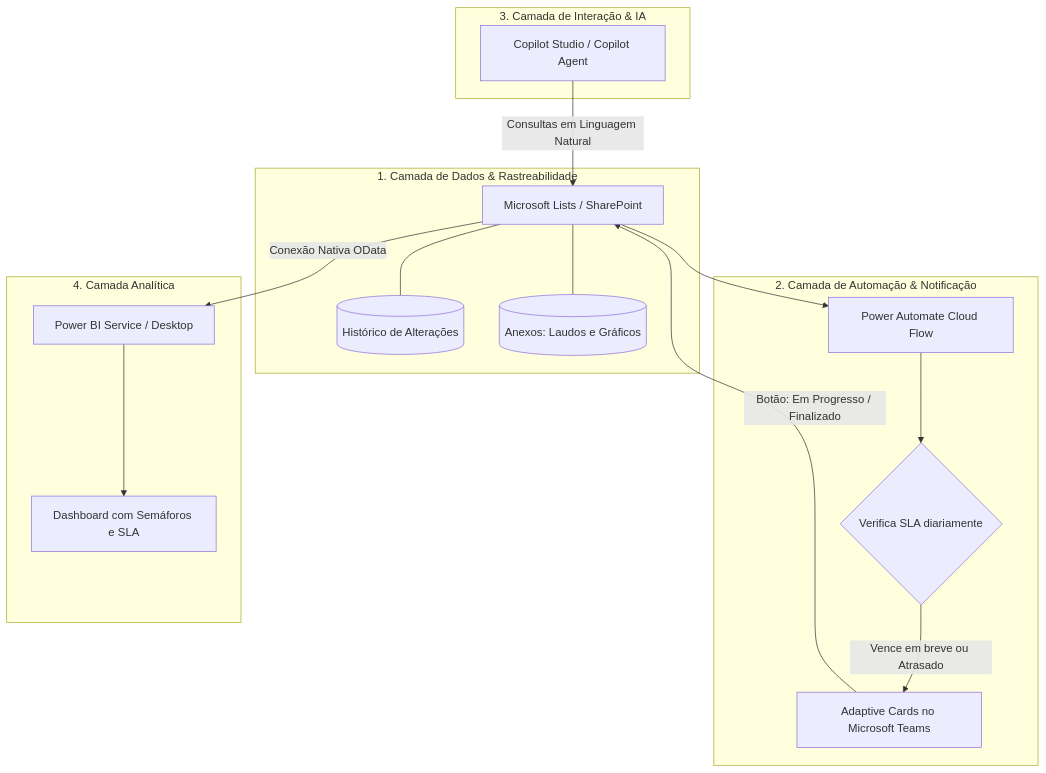
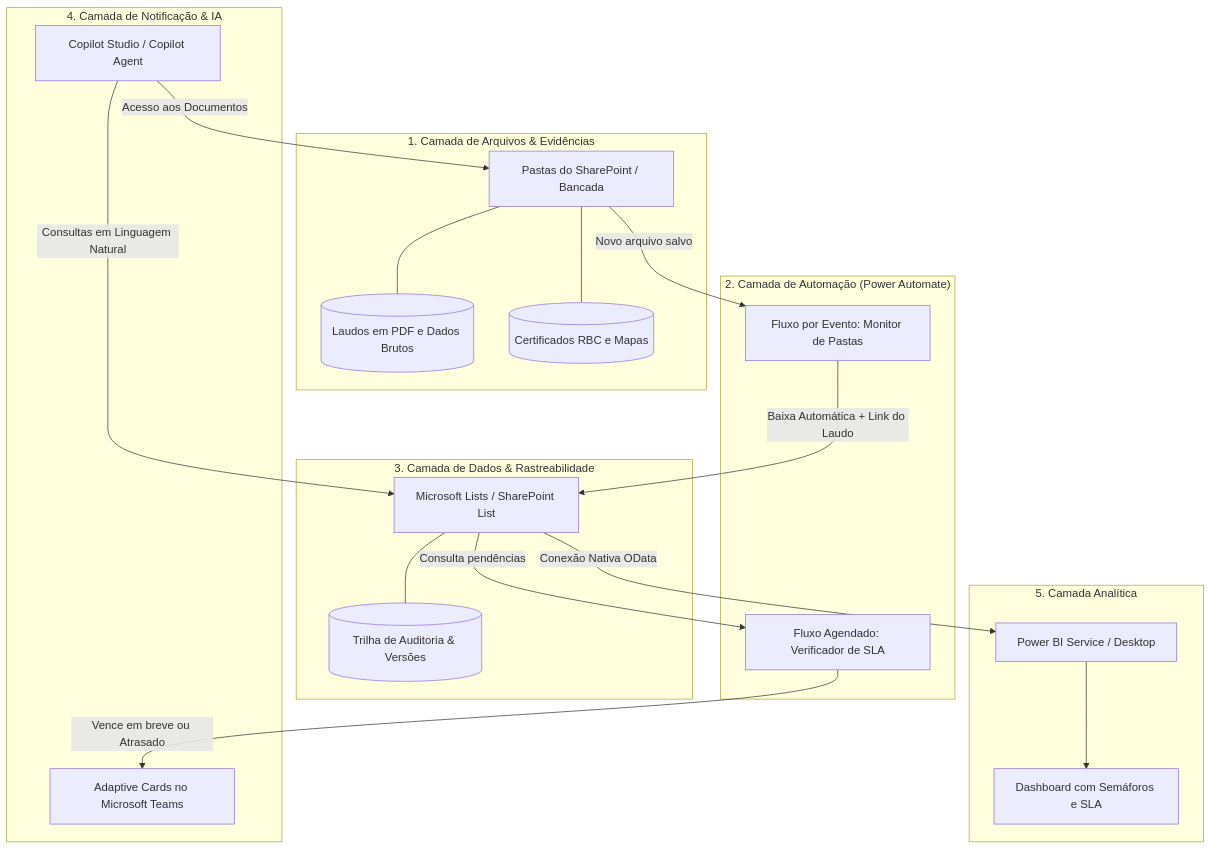
The diagram in README.md (luannagyo/Controle_qualidade), drawn with Mermaid before and after one commit. The commit also changed other lines of this file and 2 other files, not shown here.

Commit message:
docs: atualiza arquitetura para baixa automatica por monitoramento de pastas no sharepoint

````diff
--- a/README.md
+++ b/README.md
@@ -34,31 +34,37 @@
 ```mermaid
 flowchart TD
-    subgraph DADOS["1. Camada de Dados & Rastreabilidade"]
-        A[Microsoft Lists / SharePoint]
-        A1[(Histórico de Alterações)]
-        A2[(Anexos: Laudos e Gráficos)]
-        A --- A1
-        A --- A2
+    subgraph ARMAZENAMENTO["1. Camada de Arquivos & Evidências"]
+        P[Pastas do SharePoint / Bancada]
+        P1[(Laudos em PDF e Dados Brutos)]
+        P2[(Certificados RBC e Mapas)]
+        P --- P1
+        P --- P2
     end
 
-    subgraph AUTOMACAO["2. Camada de Automação & Notificação"]
-        B[Power Automate Cloud Flow]
-        B1{Verifica SLA diariamente}
-        B --> B1
-        B1 -->|Vence em breve ou Atrasado| C[Adaptive Cards no Microsoft Teams]
+    subgraph AUTOMACAO["2. Camada de Automação (Power Automate)"]
+        F1[Fluxo por Evento: Monitor de Pastas]
+        F2[Fluxo Agendado: Verificador de SLA]
+        P -->|Novo arquivo salvo| F1
     end
 
-    subgraph INTERACAO["3. Camada de Interação & IA"]
-        D[Copilot Studio / Copilot Agent]
-        C -->|Botão: Em Progresso / Finalizado| A
-        D -->|Consultas em Linguagem Natural| A
+    subgraph DADOS["3. Camada de Dados & Rastreabilidade"]
+        A[Microsoft Lists / SharePoint List]
+        A1[(Trilha de Auditoria & Versões)]
+        F1 -->|Baixa Automática + Link do Laudo| A
+        A --- A1
     end
 
-    subgraph ANALISE["4. Camada Analítica"]
+    subgraph INTERACAO["4. Camada de Notificação & IA"]
+        A -->|Consulta pendências| F2
+        F2 -->|Vence em breve ou Atrasado| C[Adaptive Cards no Microsoft Teams]
+        D[Copilot Studio / Copilot Agent]
+        D -->|Consultas em Linguagem Natural| A
+        D -->|Acesso aos Documentos| P
+    end
+
+    subgraph ANALISE["5. Camada Analítica"]
         E[Power BI Service / Desktop]
         A -->|Conexão Nativa OData| E
         E --> F[Dashboard com Semáforos e SLA]
     end
-
-    A --> B
 ```
````
